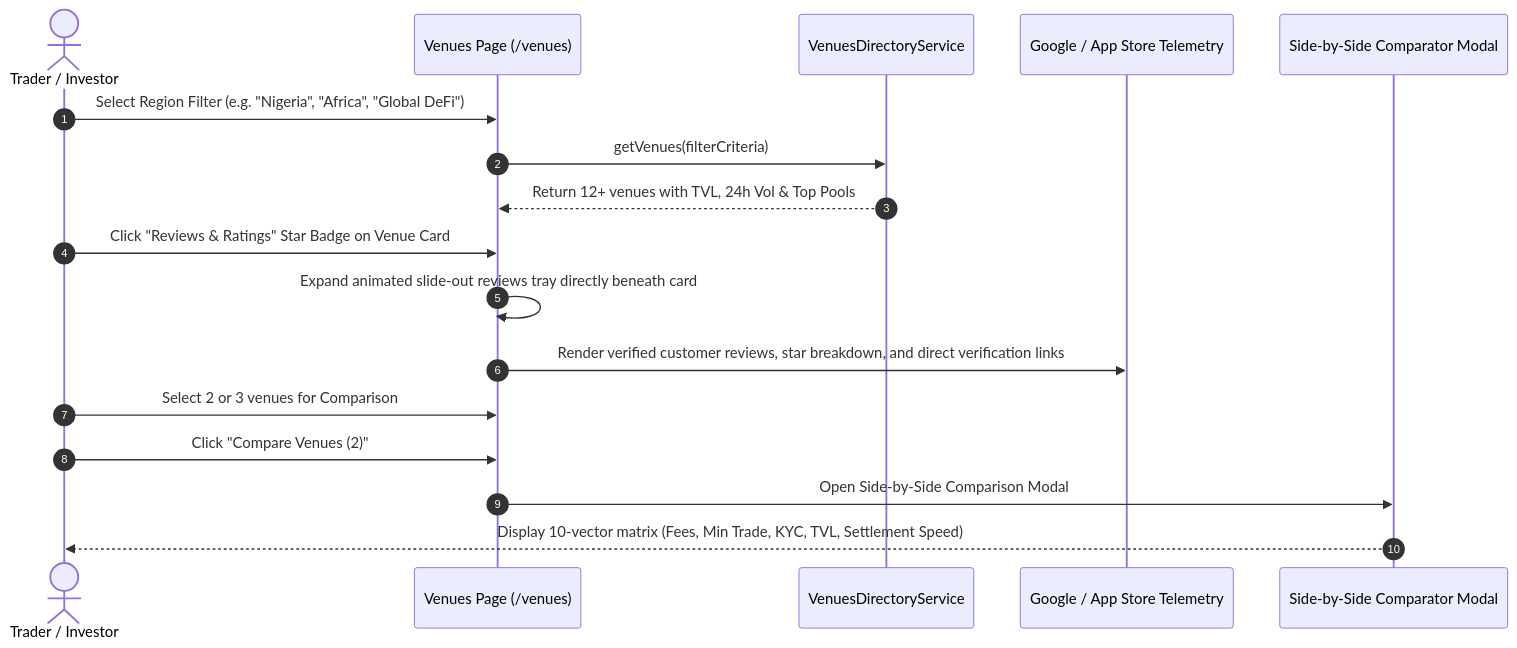
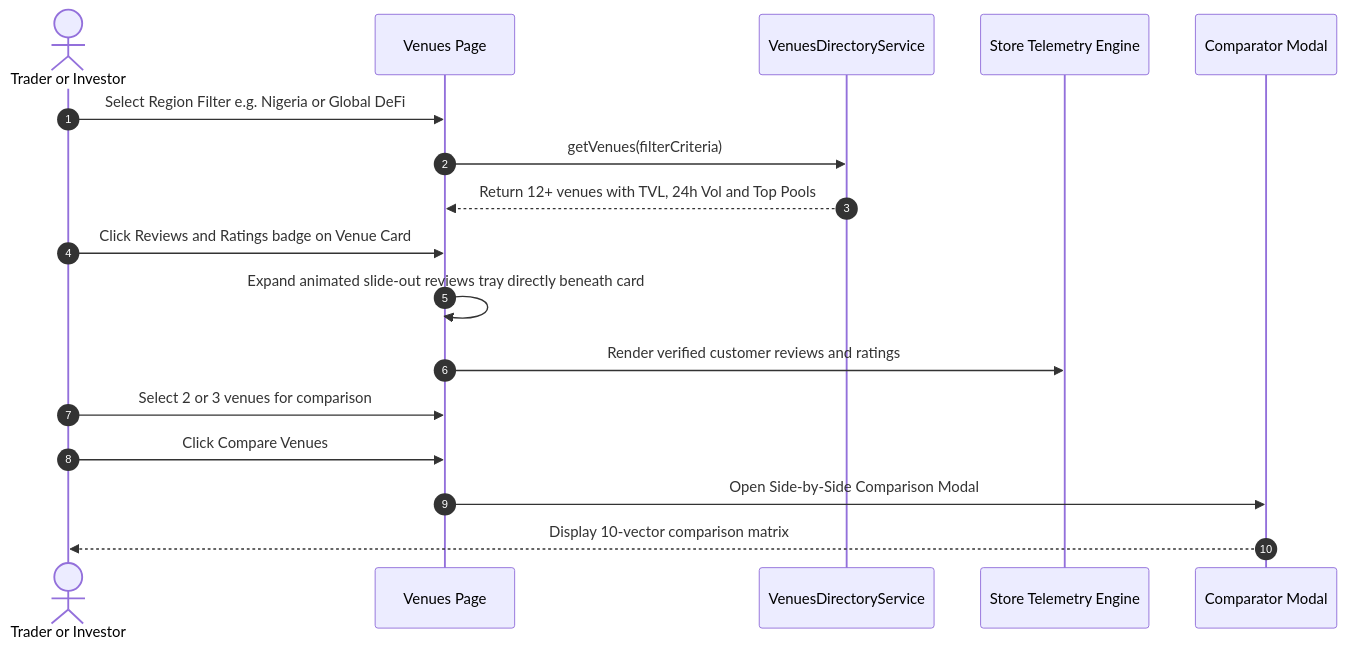
Before and after one commit to Pabby01/MITIGATOR: the third of 6 diagrams in README.md, drawn with Mermaid. The commit also changed other lines of this file and 1 other file, not shown here.

Commit message:
docs: refine Mermaid architecture diagrams and text labels in PRD

````diff
--- a/README.md
+++ b/README.md
@@ -127,20 +127,20 @@
 ```mermaid
 sequenceDiagram
     autonumber
-    actor Trader as Trader / Investor
-    participant UI as Venues Page (/venues)
+    actor Trader as Trader or Investor
+    participant UI as Venues Page
     participant Svc as VenuesDirectoryService
-    participant Store as Google / App Store Telemetry
-    participant Comp as Side-by-Side Comparator Modal
+    participant Store as Store Telemetry Engine
+    participant Comp as Comparator Modal
 
-    Trader->>UI: Select Region Filter (e.g. "Nigeria", "Africa", "Global DeFi")
+    Trader->>UI: Select Region Filter e.g. Nigeria or Global DeFi
     UI->>Svc: getVenues(filterCriteria)
-    Svc-->>UI: Return 12+ venues with TVL, 24h Vol & Top Pools
-    Trader->>UI: Click "Reviews & Ratings" Star Badge on Venue Card
+    Svc-->>UI: Return 12+ venues with TVL, 24h Vol and Top Pools
+    Trader->>UI: Click Reviews and Ratings badge on Venue Card
     UI->>UI: Expand animated slide-out reviews tray directly beneath card
-    UI->>Store: Render verified customer reviews, star breakdown, and direct verification links
-    Trader->>UI: Select 2 or 3 venues for Comparison
-    Trader->>UI: Click "Compare Venues (2)"
+    UI->>Store: Render verified customer reviews and ratings
+    Trader->>UI: Select 2 or 3 venues for comparison
+    Trader->>UI: Click Compare Venues
     UI->>Comp: Open Side-by-Side Comparison Modal
-    Comp-->>Trader: Display 10-vector matrix (Fees, Min Trade, KYC, TVL, Settlement Speed)
+    Comp-->>Trader: Display 10-vector comparison matrix
 ```
````
